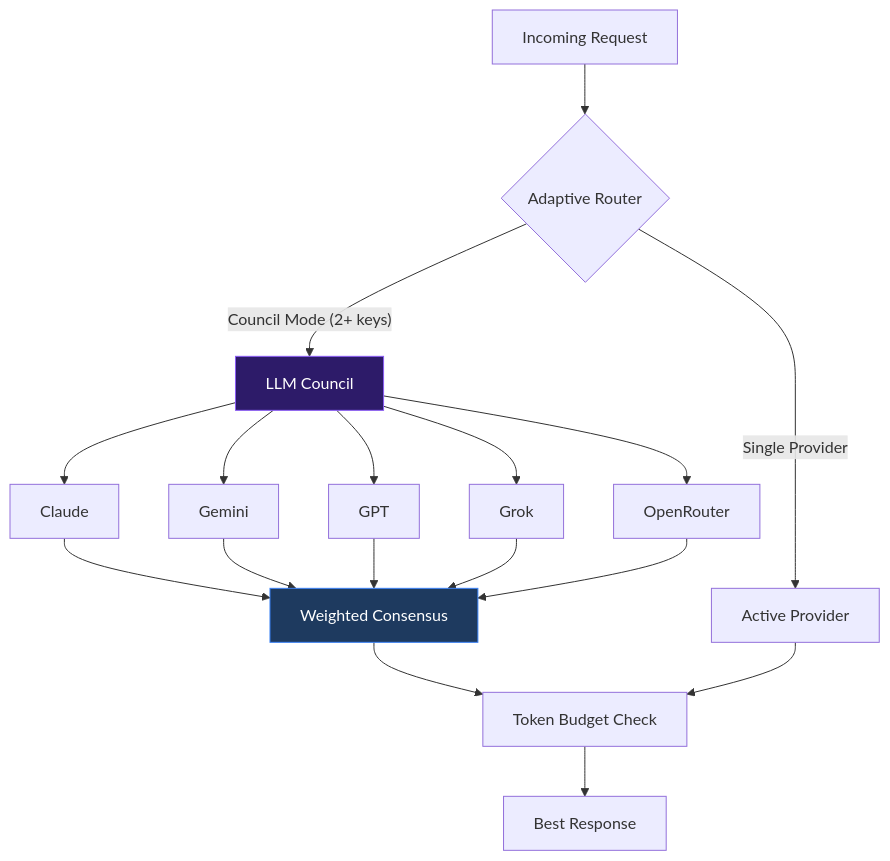
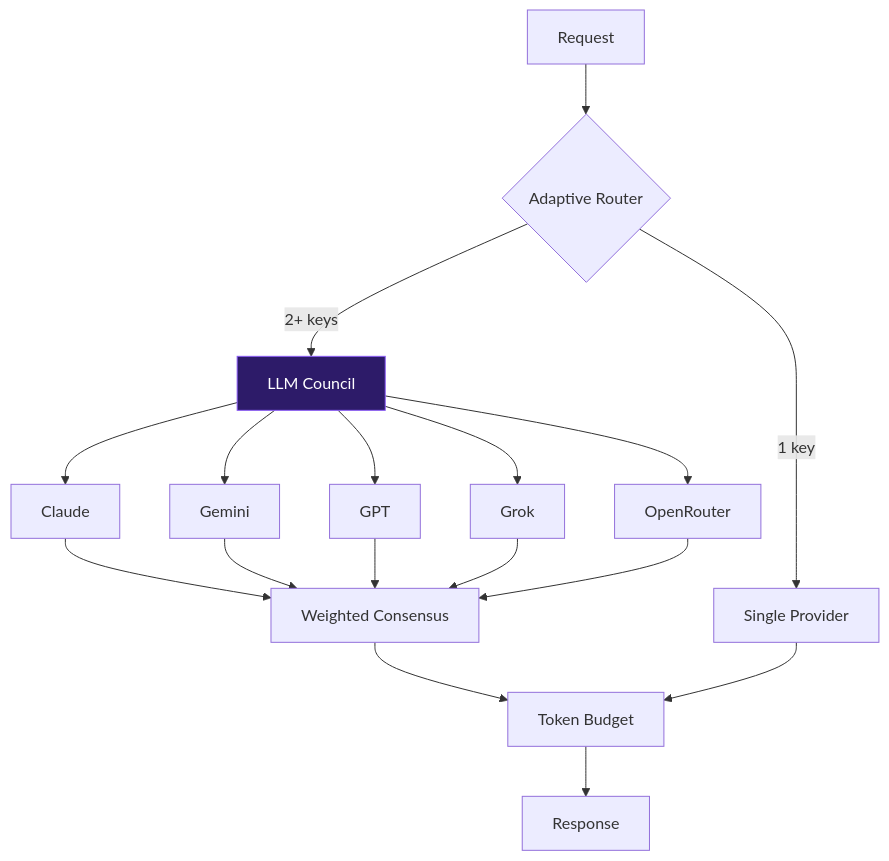
Before and after one commit to boopathygamer/astra-agent: the seventh of 8 diagrams in README.md, drawn with Mermaid. The commit also changed other lines of this file, not shown here.

Commit message:
docs: Complete README rewrite with full ASI safety architecture documentation

````diff
--- a/README.md
+++ b/README.md
@@ -373,22 +463,13 @@
 ```mermaid
 flowchart TD
-    Request["Incoming Request"] --> Router{"Adaptive Router"}
-
-    Router -->|"Single Provider"| SP["Active Provider"]
-    Router -->|"Council Mode (2+ keys)"| Council["LLM Council"]
-
-    Council --> P1["Claude"]
-    Council --> P2["Gemini"]
-    Council --> P3["GPT"]
-    Council --> P4["Grok"]
-    Council --> P5["OpenRouter"]
-
+    Request["Request"] --> Router{"Adaptive Router"}
+    Router -->|"1 key"| SP["Single Provider"]
+    Router -->|"2+ keys"| Council["LLM Council"]
+    Council --> P1["Claude"] & P2["Gemini"] & P3["GPT"] & P4["Grok"] & P5["OpenRouter"]
     P1 & P2 & P3 & P4 & P5 --> Vote["Weighted Consensus"]
-    Vote --> Budget["Token Budget Check"]
-    Budget --> Response["Best Response"]
-
+    Vote --> Budget["Token Budget"]
     SP --> Budget
+    Budget --> Response["Response"]
 
     style Council fill:#2d1b69,stroke:#8b5cf6,color:#fff
-    style Vote fill:#1e3a5f,stroke:#3b82f6,color:#fff
 ```
````
